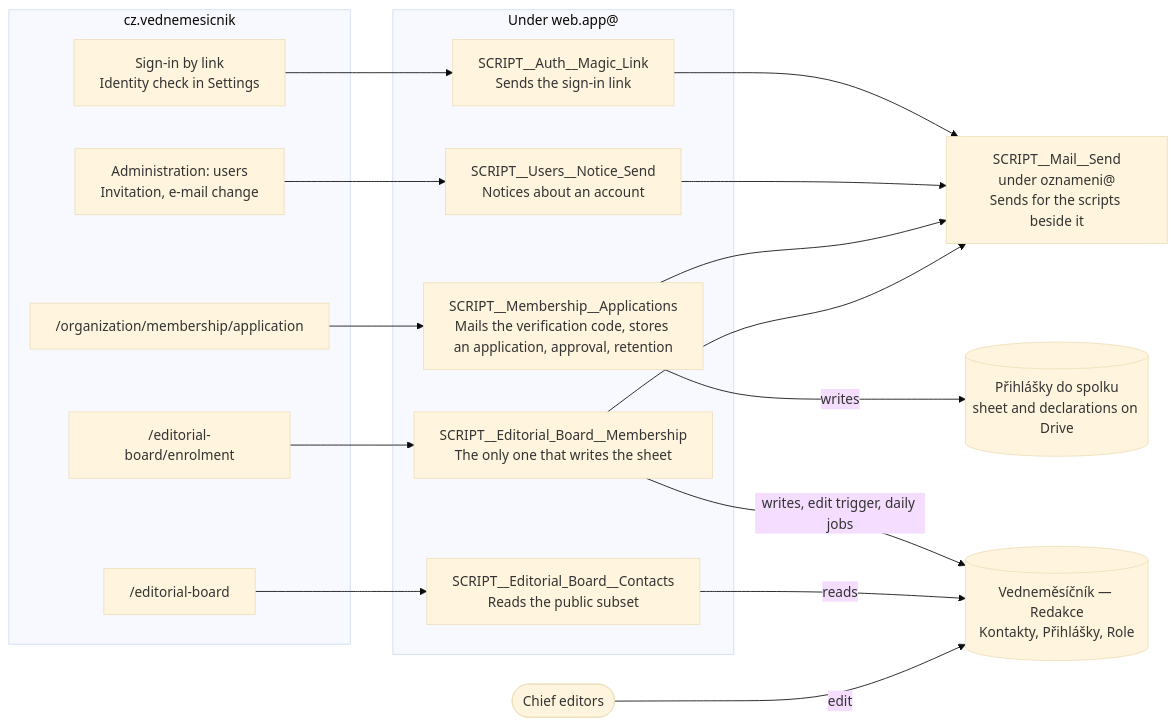
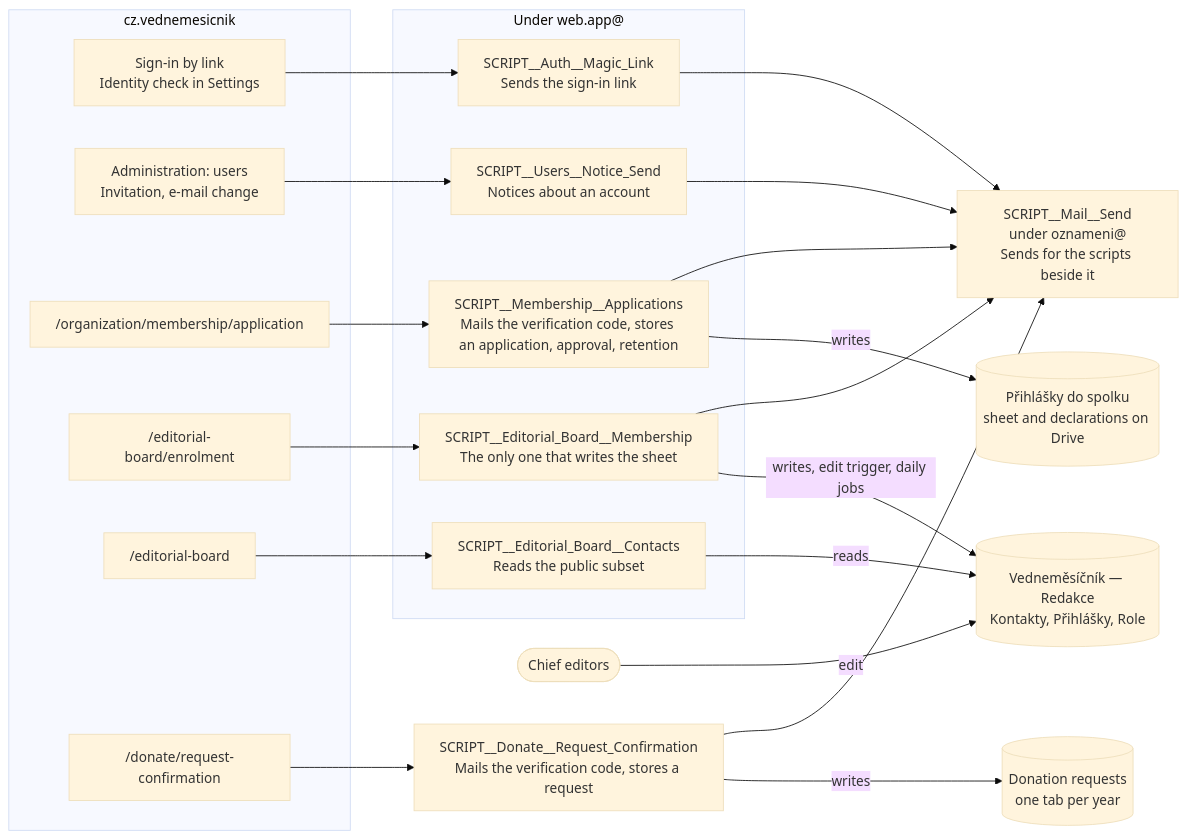
Before and after one commit to vednemesicnik/cz.vednemesicnik: the first of 2 diagrams in docs/_apps-script-web-apps.md, drawn with Mermaid (base theme). The commit also changed other lines of this file and 7 other files, not shown here.

Commit message:
fix(donate): the request cookie reaches the form's own data requests, and the form is not cached

````diff
--- a/docs/_apps-script-web-apps.md
+++ b/docs/_apps-script-web-apps.md
@@ -8,38 +8,44 @@
 ```mermaid
 flowchart LR
   subgraph web["cz.vednemesicnik"]
     signIn["Sign-in by link<br/>Identity check in Settings"]
     users["Administration: users<br/>Invitation, e-mail change"]
     application["/organization/membership/application"]
     enrolment["/editorial-board/enrolment"]
     board["/editorial-board"]
+    donation["/donate/request-confirmation"]
   end
 
   subgraph scripts["Under web.app@"]
     magicLink["SCRIPT__Auth__Magic_Link<br/>Sends the sign-in link"]
     usersNotice["SCRIPT__Users__Notice_Send<br/>Notices about an account"]
     membershipApplications["SCRIPT__Membership__Applications<br/>Mails the verification code, stores an application, approval, retention"]
     boardMembership["SCRIPT__Editorial_Board__Membership<br/>The only one that writes the sheet"]
     contacts["SCRIPT__Editorial_Board__Contacts<br/>Reads the public subset"]
   end
 
+  donationRequests["SCRIPT__Donate__Request_Confirmation<br/>Mails the verification code, stores a request"]
   mailer["SCRIPT__Mail__Send<br/>under oznameni@<br/>Sends for the scripts beside it"]
+  donationStore[("Donation requests<br/>one tab per year")]
   membershipStore[("Přihlášky do spolku<br/>sheet and declarations on Drive")]
   editorialSheet[("Vedneměsíčník — Redakce<br/>Kontakty, Přihlášky, Role")]
   chiefEditors(["Chief editors"])
 
   signIn --> magicLink
   users --> usersNotice
   application --> membershipApplications
   enrolment --> boardMembership
   board --> contacts
+  donation --> donationRequests
 
   magicLink --> mailer
   usersNotice --> mailer
   membershipApplications --> mailer
+  donationRequests --> mailer
+  donationRequests -->|writes| donationStore
   membershipApplications -->|writes| membershipStore
   boardMembership --> mailer
   boardMembership -->|"writes, edit trigger, daily jobs"| editorialSheet
   contacts -->|reads| editorialSheet
   chiefEditors -->|edit| editorialSheet
 ```
````
